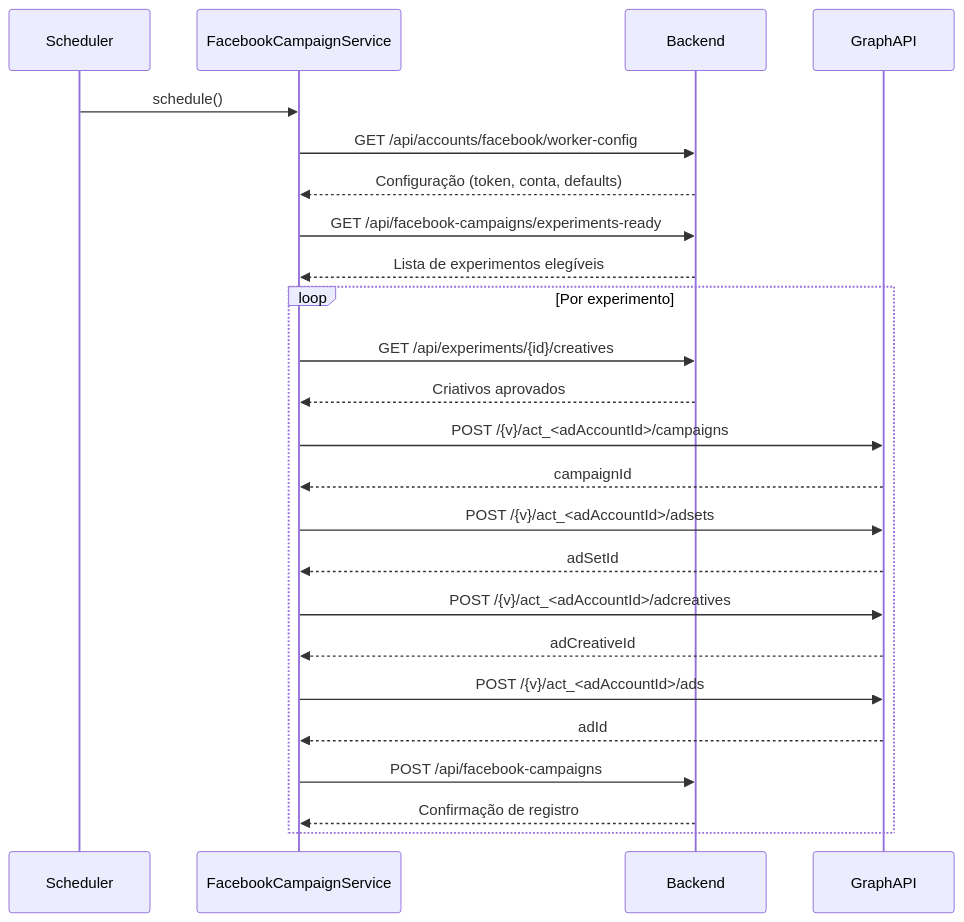
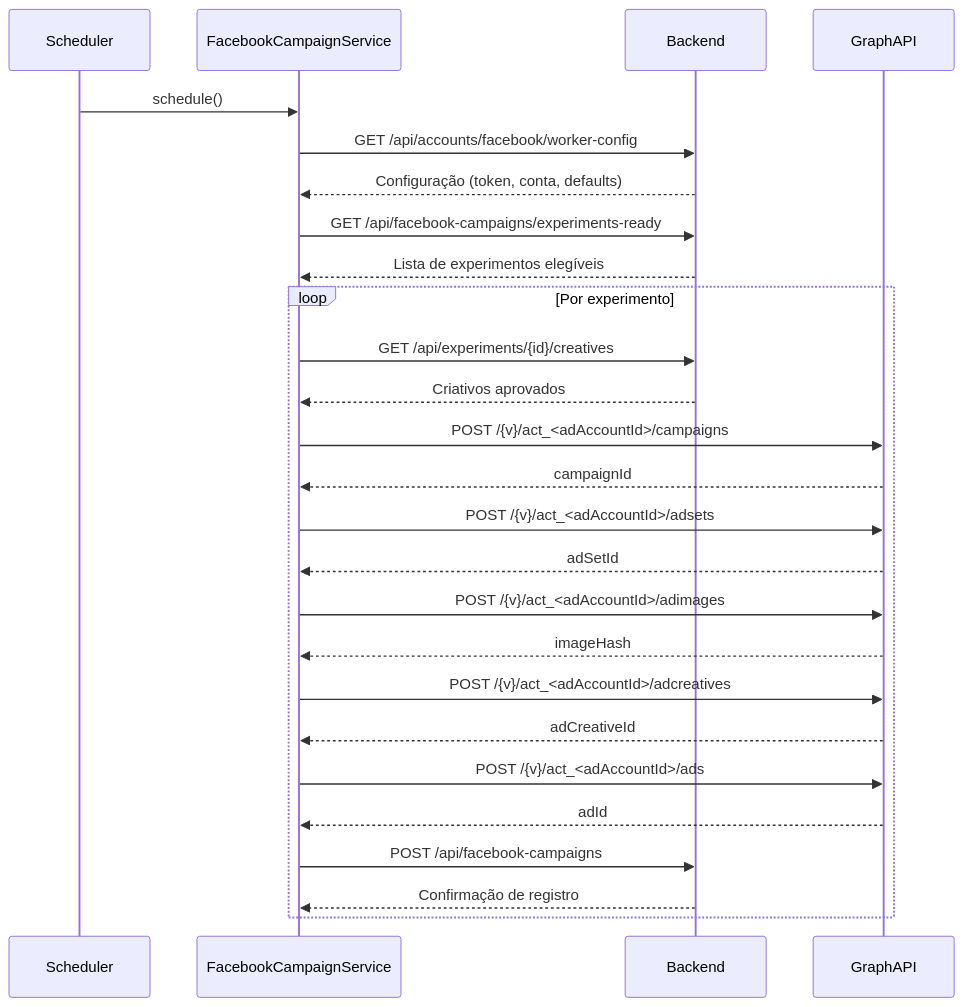
The first of 2 diagrams in docs/facebook-ads-worker/endpoint-flow.md (paulofor/marketing-hub), drawn with Mermaid before and after one commit. The commit also changed other lines of this file and 2 other files, not shown here.

Commit message:
docs(facebook-ads-worker): orientar upload de imagem via adimages com image_hash

````diff
--- a/docs/facebook-ads-worker/endpoint-flow.md
+++ b/docs/facebook-ads-worker/endpoint-flow.md
@@ -43,27 +43,29 @@
 ```mermaid
 sequenceDiagram
     participant Scheduler
     participant Worker as FacebookCampaignService
     participant Backend
     participant GraphAPI
 
     Scheduler->>Worker: schedule()
     Worker->>Backend: GET /api/accounts/facebook/worker-config
     Backend-->>Worker: Configuração (token, conta, defaults)
     Worker->>Backend: GET /api/facebook-campaigns/experiments-ready
     Backend-->>Worker: Lista de experimentos elegíveis
     loop Por experimento
         Worker->>Backend: GET /api/experiments/{id}/creatives
         Backend-->>Worker: Criativos aprovados
         Worker->>GraphAPI: POST /{v}/act_<adAccountId>/campaigns
         GraphAPI-->>Worker: campaignId
         Worker->>GraphAPI: POST /{v}/act_<adAccountId>/adsets
         GraphAPI-->>Worker: adSetId
+        Worker->>GraphAPI: POST /{v}/act_<adAccountId>/adimages
+        GraphAPI-->>Worker: imageHash
         Worker->>GraphAPI: POST /{v}/act_<adAccountId>/adcreatives
         GraphAPI-->>Worker: adCreativeId
         Worker->>GraphAPI: POST /{v}/act_<adAccountId>/ads
         GraphAPI-->>Worker: adId
         Worker->>Backend: POST /api/facebook-campaigns
         Backend-->>Worker: Confirmação de registro
     end
 ```
````
